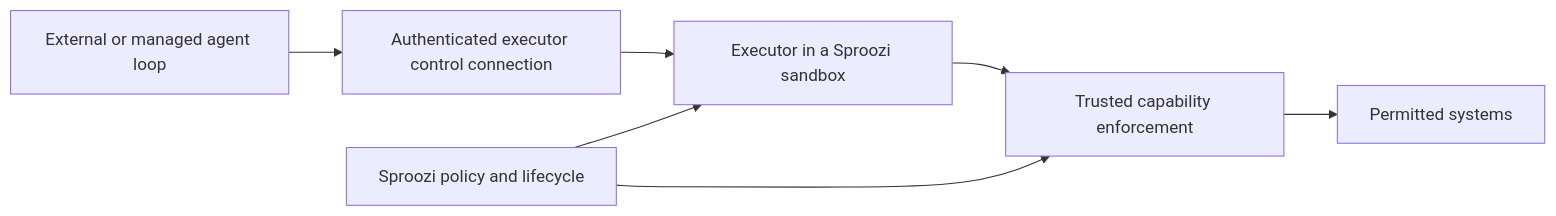
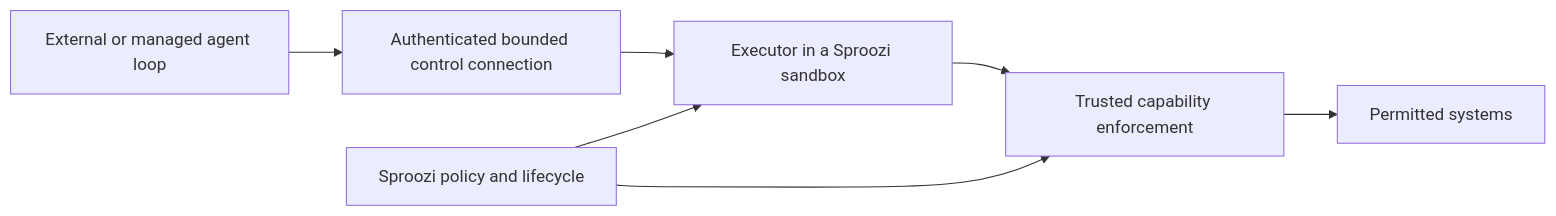
Before and after one commit to andrewmccall/sproozi: the diagram in docs/explanations/future-architecture/harness-portability.md, drawn with Mermaid. The commit also changed other lines of this file and 265 other files, not shown here.

````diff
--- a/docs/explanations/future-architecture/harness-portability.md
+++ b/docs/explanations/future-architecture/harness-portability.md
@@ -102,9 +88,9 @@
 ```mermaid
 flowchart LR
-    Harness[External or managed agent loop] --> Control[Authenticated executor control connection]
+    Harness[External or managed agent loop] --> Control[Authenticated bounded control connection]
     Control --> Executor[Executor in a Sproozi sandbox]
     Executor --> Broker[Trusted capability enforcement]
     Broker --> Systems[Permitted systems]
     Sproozi[Sproozi policy and lifecycle] --> Executor
     Sproozi --> Broker
 ```
````
